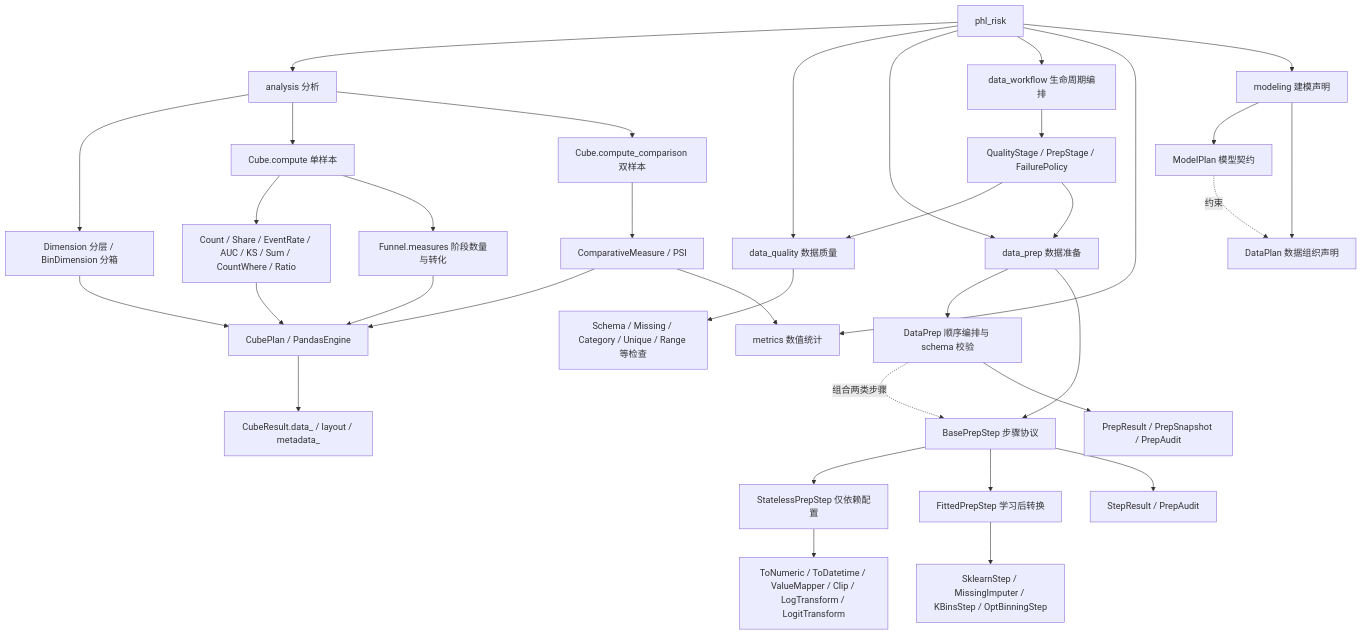
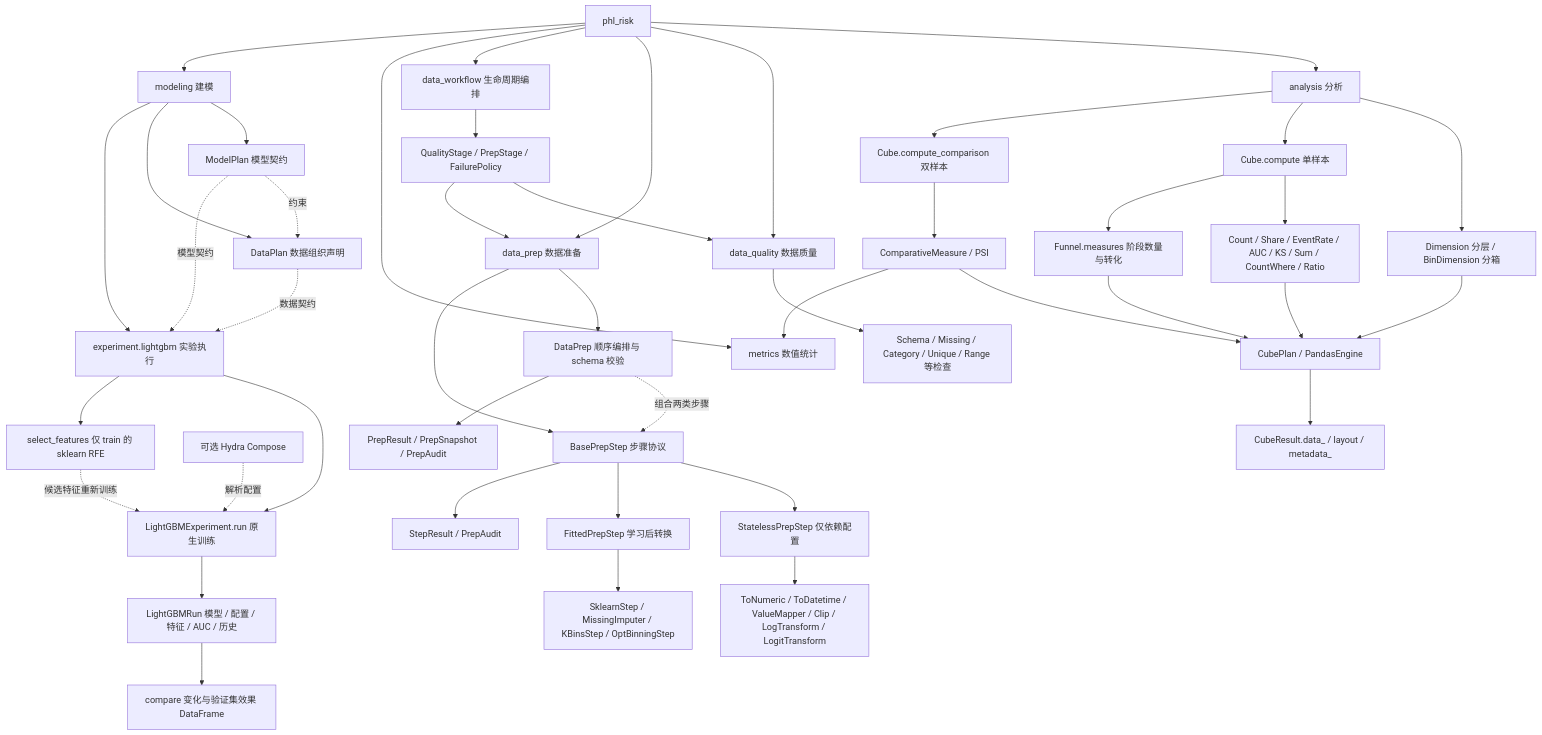
Before and after one commit to TaoXue-99/phi_risk: the first of 3 diagrams in README.md, drawn with Mermaid. The commit also changed other lines of this file and 39 other files, not shown here.

````diff
--- a/README.md
+++ b/README.md
@@ -8,37 +9,46 @@
 ```mermaid
 flowchart TD
     P[phl_risk] --> A[analysis 分析]
     P --> Q[data_quality 数据质量]
     P --> T[data_prep 数据准备]
     P --> W[data_workflow 生命周期编排]
     P --> M[metrics 数值统计]
-    P --> MP[modeling 建模声明]
+    P --> MP[modeling 建模]
     MP --> MPL[ModelPlan 模型契约]
     MP --> DPL[DataPlan 数据组织声明]
     MPL -. 约束 .-> DPL
+    MP --> EX[experiment.lightgbm 实验执行]
+    MPL -. 模型契约 .-> EX
+    DPL -. 数据契约 .-> EX
+    EX --> LE[LightGBMExperiment.run 原生训练]
+    LE --> LR[LightGBMRun 模型 / 配置 / 特征 / AUC / 历史]
+    EX --> RF[select_features 仅 train 的 sklearn RFE]
+    RF -. 候选特征重新训练 .-> LE
+    LR --> CP[compare 变化与验证集效果 DataFrame]
+    HY[可选 Hydra Compose] -. 解析配置 .-> LE
     A --> D[Dimension 分层 / BinDimension 分箱]
     A --> S[Cube.compute 单样本]
     A --> C[Cube.compute_comparison 双样本]
     S --> SM[Count / Share / EventRate / AUC / KS / Sum / CountWhere / Ratio]
     S --> F[Funnel.measures 阶段数量与转化]
     C --> CM[ComparativeMeasure / PSI]
     Q --> QC[Schema / Missing / Category / Unique / Range 等检查]
     T --> DP[DataPrep 顺序编排与 schema 校验]
     T --> PB[BasePrepStep 步骤协议]
     PB --> SP[StatelessPrepStep 仅依赖配置]
     PB --> FP[FittedPrepStep 学习后转换]
     SP --> SS[ToNumeric / ToDatetime / ValueMapper / Clip / LogTransform / LogitTransform]
     FP --> FS[SklearnStep / MissingImputer / KBinsStep / OptBinningStep]
     DP -. 组合两类步骤 .-> PB
     DP --> PR[PrepResult / PrepSnapshot / PrepAudit]
     PB --> SR[StepResult / PrepAudit]
     W --> QS[QualityStage / PrepStage / FailurePolicy]
     QS --> Q
     QS --> T
     D --> E[CubePlan / PandasEngine]
     SM --> E
     F --> E
     CM --> E
     E --> R[CubeResult.data_ / layout / metadata_]
     CM --> M
 ```
````
